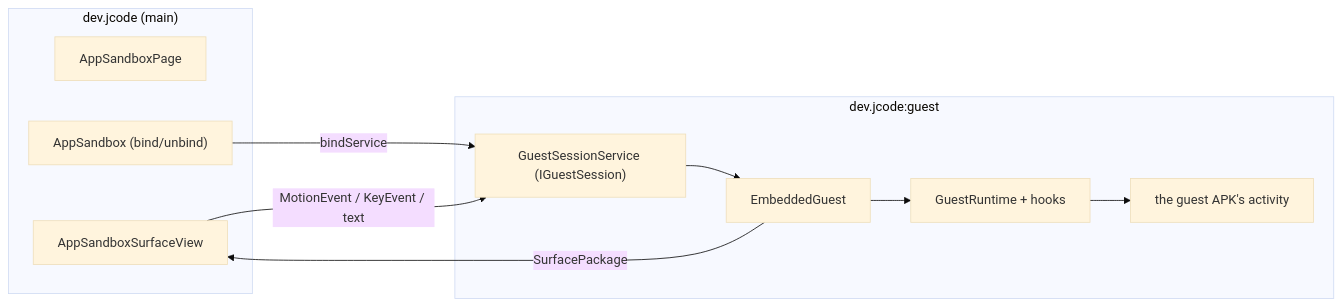
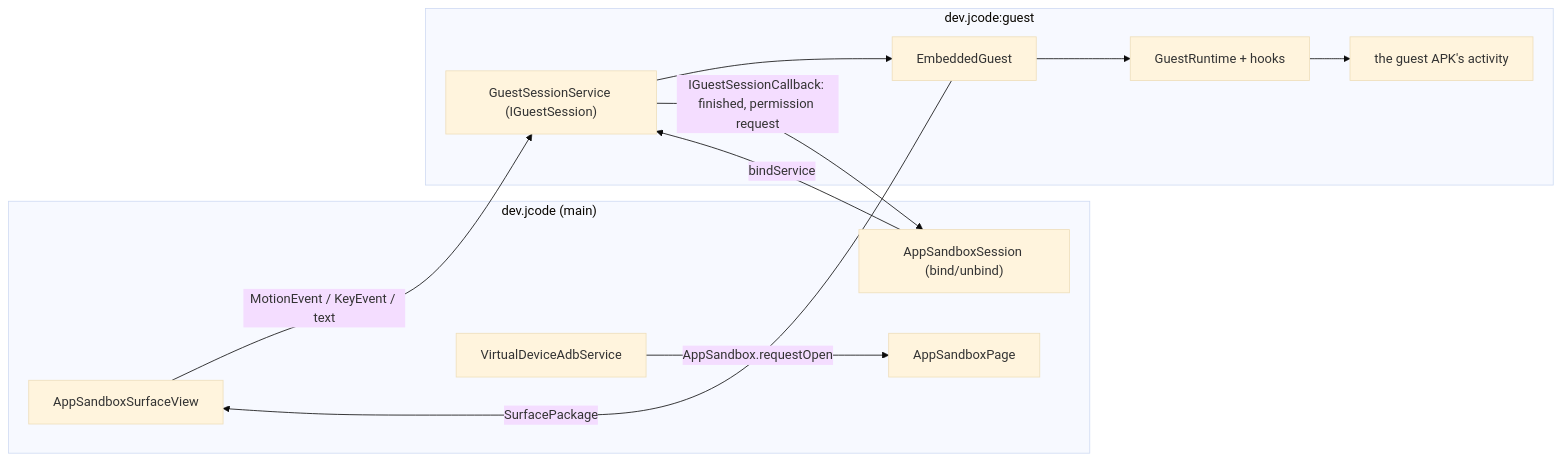
One commit to blamspotdev/j-code-android changed the diagram in docs/specifications/08-virtual-device/01-app-sandbox-architecture.md. Above: the diagram before and after it, drawn with Mermaid (base theme). The commit also changed other lines of this file and 92 other files, not shown here.

First line of the commit message:
Give the virtual device storage, apps of its own, and hardware it can be told about (#49)

````diff
--- a/docs/specifications/08-virtual-device/01-app-sandbox-architecture.md
+++ b/docs/specifications/08-virtual-device/01-app-sandbox-architecture.md
@@ -63,18 +116,21 @@
 ```mermaid
 flowchart LR
     subgraph ide["dev.jcode (main)"]
         page["AppSandboxPage"]
         sv["AppSandboxSurfaceView"]
-        sandbox["AppSandbox (bind/unbind)"]
+        sandbox["AppSandboxSession (bind/unbind)"]
+        adb["VirtualDeviceAdbService"]
     end
     subgraph guest["dev.jcode:guest"]
         svc["GuestSessionService (IGuestSession)"]
         eg["EmbeddedGuest"]
         gr["GuestRuntime + hooks"]
         apk["the guest APK's activity"]
     end
+    adb -- "AppSandbox.requestOpen" --> page
     sandbox -- "bindService" --> svc
     svc --> eg --> gr --> apk
     eg -- "SurfacePackage" --> sv
     sv -- "MotionEvent / KeyEvent / text" --> svc
+    svc -- "IGuestSessionCallback: finished, permission request" --> sandbox
 ```
````
